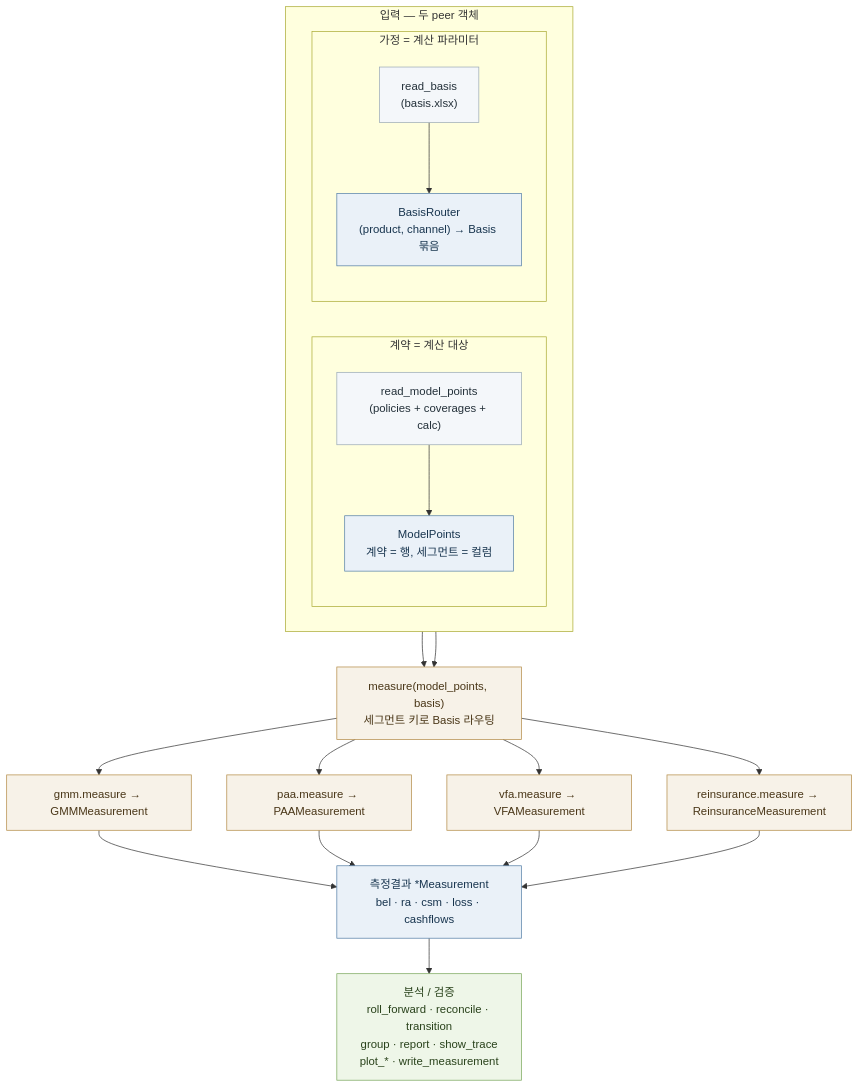
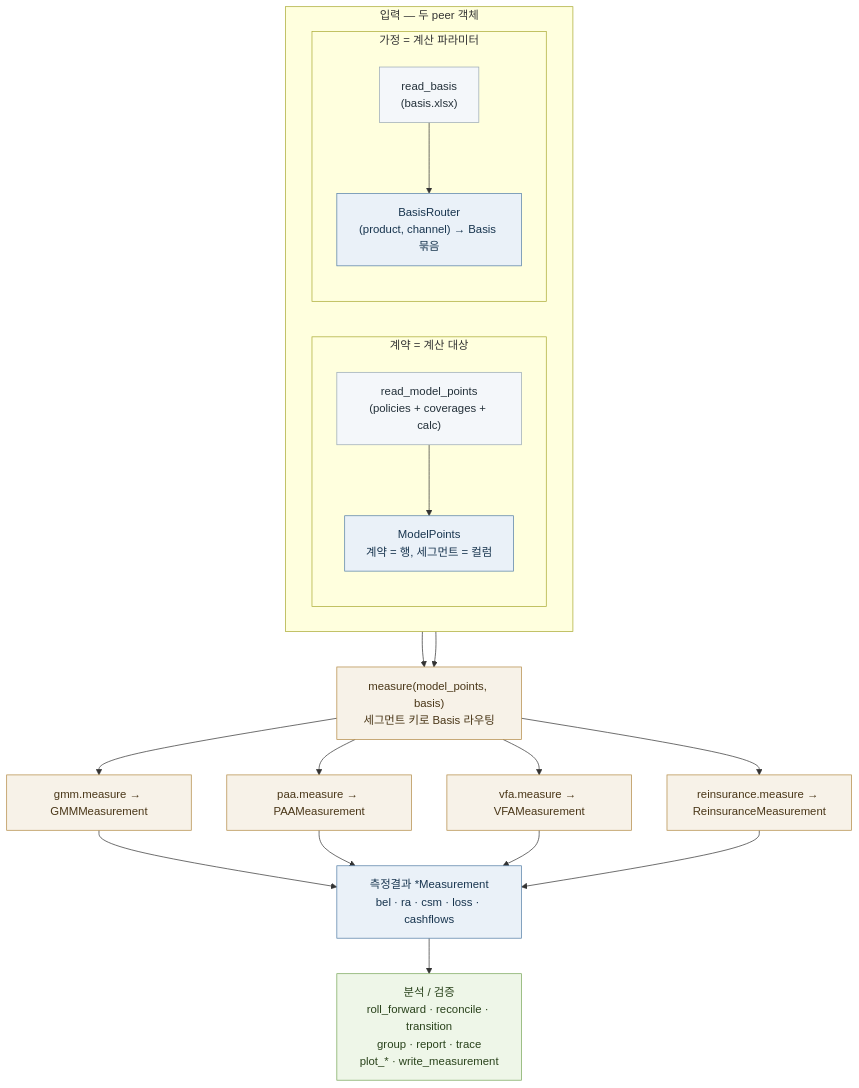
One commit to seokhoonj/fastcashflow changed the diagram in docs/cookbook/basics/overview.md. Above: the diagram before and after it, drawn with Mermaid. The commit also changed 9 other files, not shown here.

````diff
--- a/docs/cookbook/basics/overview.md
+++ b/docs/cookbook/basics/overview.md
@@ -12,37 +12,37 @@
 ```{mermaid}
 flowchart TB
     subgraph IN["입력 — 두 peer 객체"]
         direction LR
         subgraph C["계약 = 계산 대상"]
             direction TB
             rmp["read_model_points<br/>(policies + coverages + calc)"]
             MP["ModelPoints<br/>계약 = 행, 세그먼트 = 컬럼"]
             rmp --> MP
         end
         subgraph A["가정 = 계산 파라미터"]
             direction TB
             rb["read_basis<br/>(basis.xlsx)"]
             BS["BasisRouter<br/>(product, channel) → Basis 묶음"]
             rb --> BS
         end
     end
     MP --> M["measure(model_points, basis)<br/>세그먼트 키로 Basis 라우팅"]
     BS --> M
     M --> GMM["gmm.measure → GMMMeasurement"]
     M --> PAA["paa.measure → PAAMeasurement"]
     M --> VFA["vfa.measure → VFAMeasurement"]
     M --> REI["reinsurance.measure → ReinsuranceMeasurement"]
     GMM --> RES["측정결과 *Measurement<br/>bel · ra · csm · loss · cashflows"]
     PAA --> RES
     VFA --> RES
     REI --> RES
-    RES --> AN["분석 / 검증<br/>roll_forward · reconcile · transition<br/>group · report · show_trace<br/>plot_* · write_measurement"]
+    RES --> AN["분석 / 검증<br/>roll_forward · reconcile · transition<br/>group · report · trace<br/>plot_* · write_measurement"]
     classDef input fill:#f4f7fa,stroke:#9aa9b5,color:#24313a
     classDef stock fill:#eaf1f8,stroke:#547fa6,color:#17344e
     classDef step fill:#f7f2e8,stroke:#b38a45,color:#493617
     classDef margin fill:#eef6e8,stroke:#78a65a,color:#29421b
     class rmp,rb input
     class MP,BS,RES stock
     class M,GMM,PAA,VFA,REI step
     class AN margin
 ```
````
